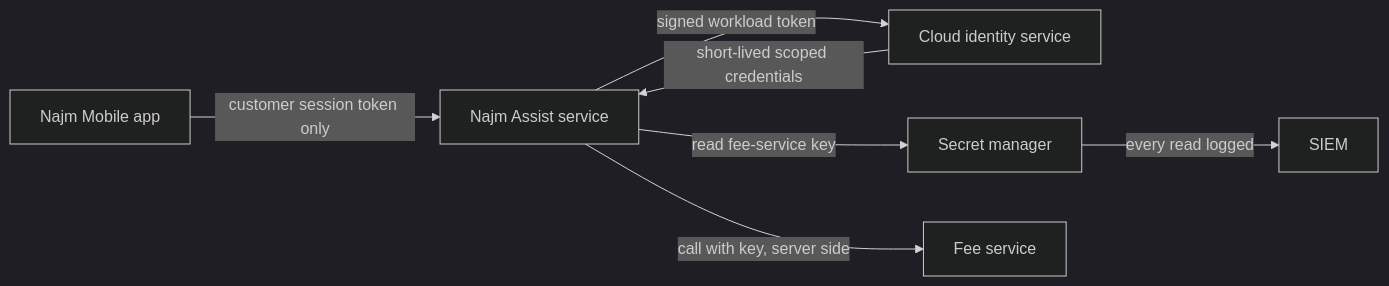
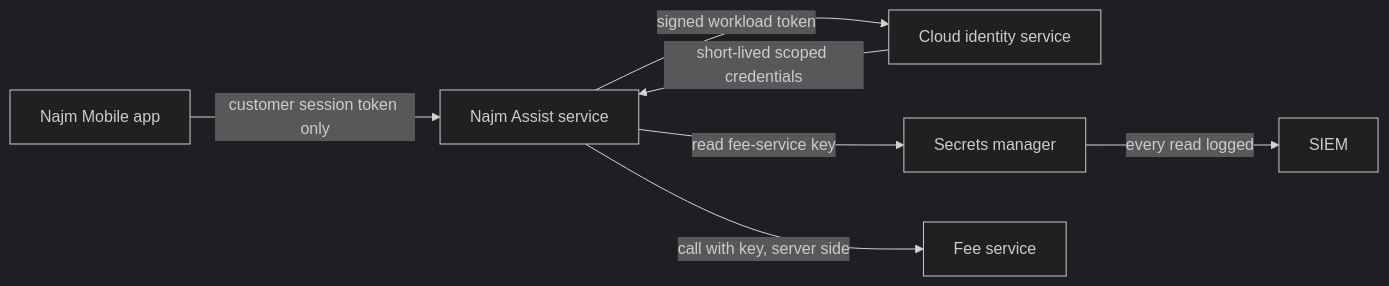
One commit to Tamoura/system-design-for-vibe-coders changed the second of 3 diagrams in secai/modules/05-data-crypto.md. Above: the diagram before and after it, drawn with Mermaid (dark theme). The commit also changed other lines of this file and 11 other files, not shown here.

````diff
--- a/secai/modules/05-data-crypto.md
+++ b/secai/modules/05-data-crypto.md
@@ -351,9 +352,9 @@
 ```mermaid
 flowchart LR
     U["Najm Mobile app"] -->|"customer session token only"| P["Najm Assist service"]
     P -->|"signed workload token"| I["Cloud identity service"]
     I -->|"short-lived scoped credentials"| P
-    P -->|"read fee-service key"| V["Secret manager"]
+    P -->|"read fee-service key"| V["Secrets manager"]
     V -->|"every read logged"| L["SIEM"]
     P -->|"call with key, server side"| F["Fee service"]
 ```
````
